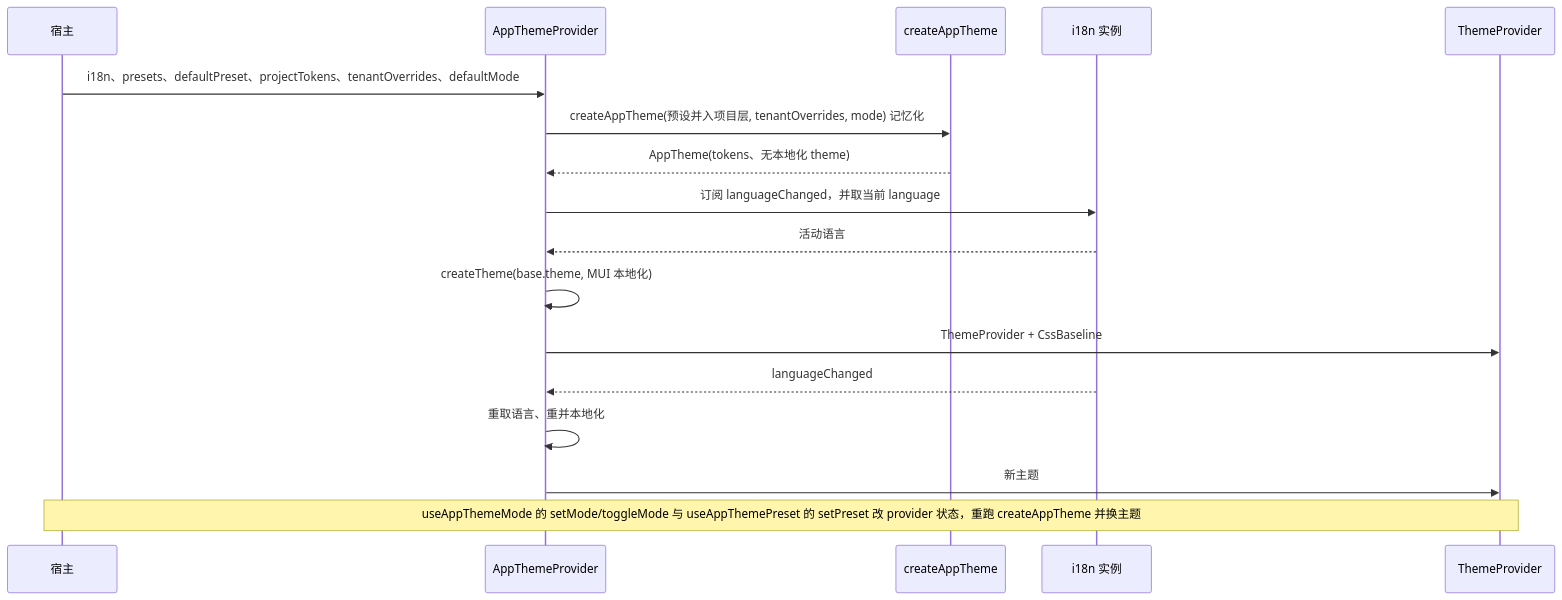
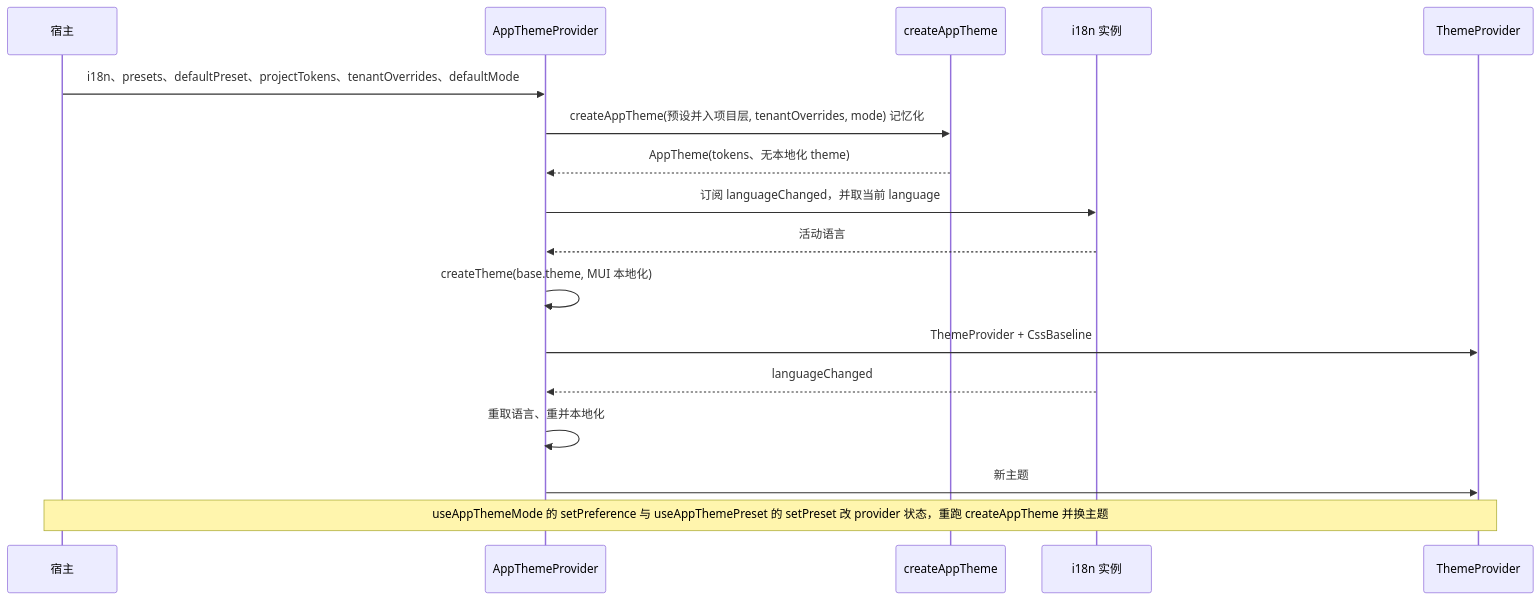
The diagram in docs/design/modules/web/design-web-ui-kit.md (wangzw/speed), drawn with Mermaid before and after one commit. The commit also changed other lines of this file and 16 other files, not shown here.

First line of the commit message:
docs: record the account-stored color-mode preference

````diff
--- a/docs/design/modules/web/design-web-ui-kit.md
+++ b/docs/design/modules/web/design-web-ui-kit.md
@@ -190,20 +193,20 @@
 ```mermaid
 sequenceDiagram
     participant Host as 宿主
     participant Provider as AppThemeProvider
     participant Factory as createAppTheme
     participant Inst as i18n 实例
     participant MUI as ThemeProvider
 
     Host->>Provider: i18n、presets、defaultPreset、projectTokens、tenantOverrides、defaultMode
     Provider->>Factory: createAppTheme(预设并入项目层, tenantOverrides, mode) 记忆化
     Factory-->>Provider: AppTheme(tokens、无本地化 theme)
     Provider->>Inst: 订阅 languageChanged，并取当前 language
     Inst-->>Provider: 活动语言
     Provider->>Provider: createTheme(base.theme, MUI 本地化)
     Provider->>MUI: ThemeProvider + CssBaseline
     Inst-->>Provider: languageChanged
     Provider->>Provider: 重取语言、重并本地化
     Provider->>MUI: 新主题
-    Note over Host,MUI: useAppThemeMode 的 setMode/toggleMode 与 useAppThemePreset 的 setPreset 改 provider 状态，重跑 createAppTheme 并换主题
+    Note over Host,MUI: useAppThemeMode 的 setPreference 与 useAppThemePreset 的 setPreset 改 provider 状态，重跑 createAppTheme 并换主题
 ```
````
